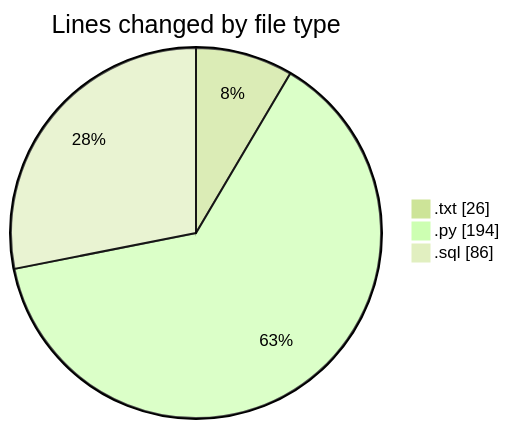
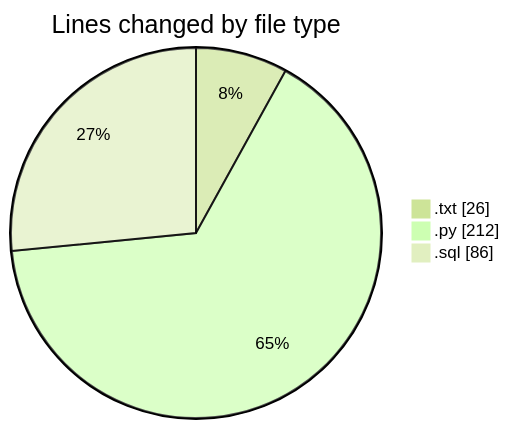
One commit to lephambinh05/code-tracking changed the first of 2 diagrams in 2025-09-12/datanv/README.md. Above: the diagram before and after it, drawn with Mermaid (forest theme). The commit also changed other lines of this file and 1 other file, not shown here.

````diff
--- a/2025-09-12/datanv/README.md
+++ b/2025-09-12/datanv/README.md
@@ -23,7 +23,7 @@
 ```mermaid
 pie showData
 title Lines changed by file type
 ".txt" : 26
-".py" : 194
+".py" : 212
 ".sql" : 86
 ```
````
